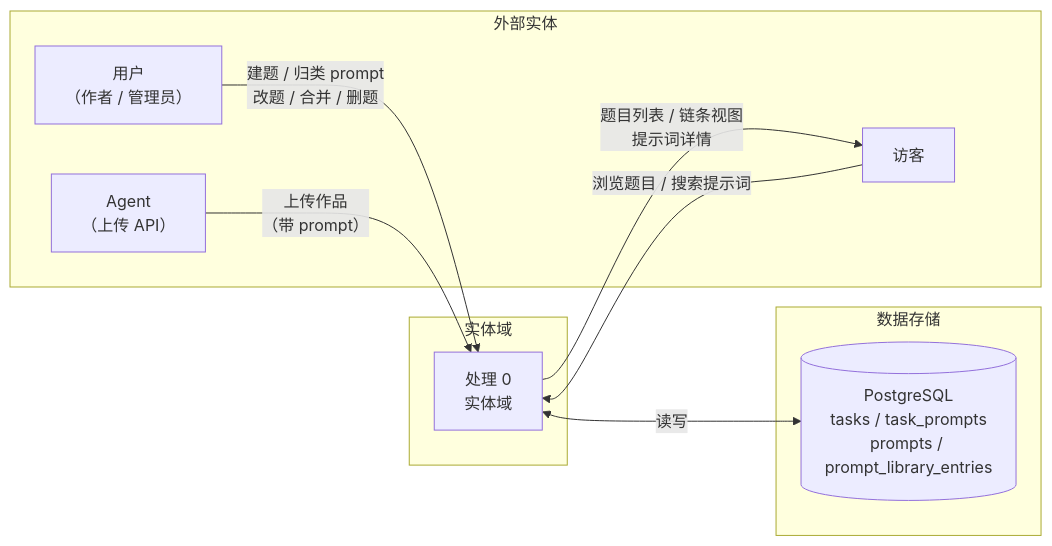
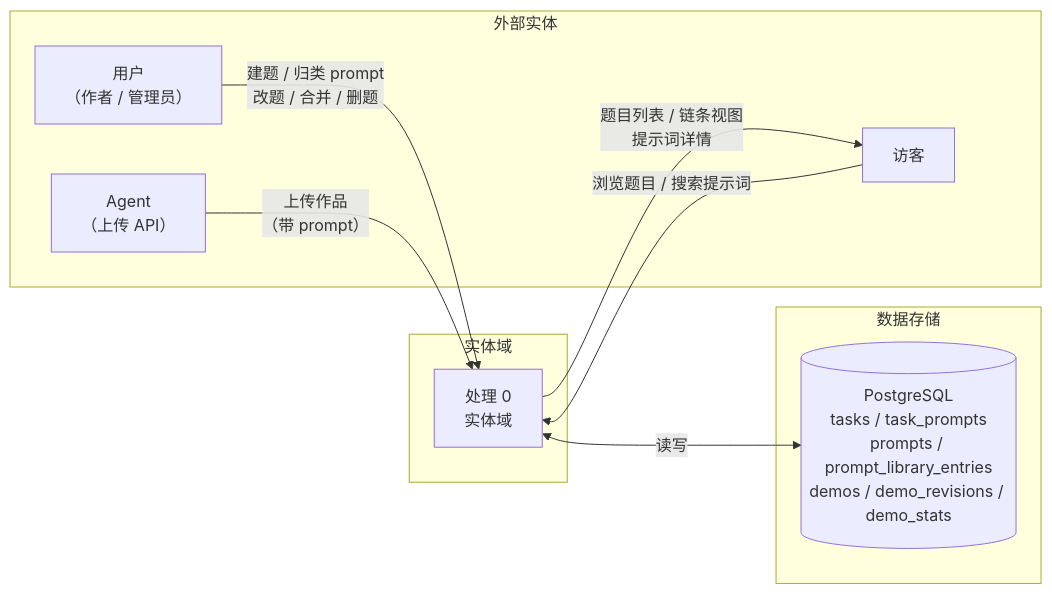
Before and after one commit to deepdemos/ds-demos-showcase: the second of 22 diagrams in docs/实体域UML图集.md, drawn with Mermaid. The commit also changed other lines of this file and 36 other files, not shown here.

````diff
--- a/docs/实体域UML图集.md
+++ b/docs/实体域UML图集.md
@@ -165,22 +390,22 @@
 ```mermaid
 flowchart LR
     subgraph EXT["外部实体"]
         U["用户<br/>（作者 / 管理员）"]
         AG["Agent<br/>（上传 API）"]
         V["访客"]
     end
 
     subgraph SYS["实体域"]
         P0["处理 0<br/>实体域"]
     end
 
     subgraph STORE["数据存储"]
-        DB[("PostgreSQL<br/>tasks / task_prompts<br/>prompts / prompt_library_entries")]
+        DB[("PostgreSQL<br/>tasks / task_prompts<br/>prompts / prompt_library_entries<br/>demos / demo_revisions / demo_stats")]
     end
 
     U -->|"建题 / 归类 prompt<br/>改题 / 合并 / 删题"| P0
     AG -->|"上传作品<br/>（带 prompt）"| P0
     V -->|"浏览题目 / 搜索提示词"| P0
     P0 -->|"题目列表 / 链条视图<br/>提示词详情"| V
     P0 <-->|"读写"| DB
 ```
````
